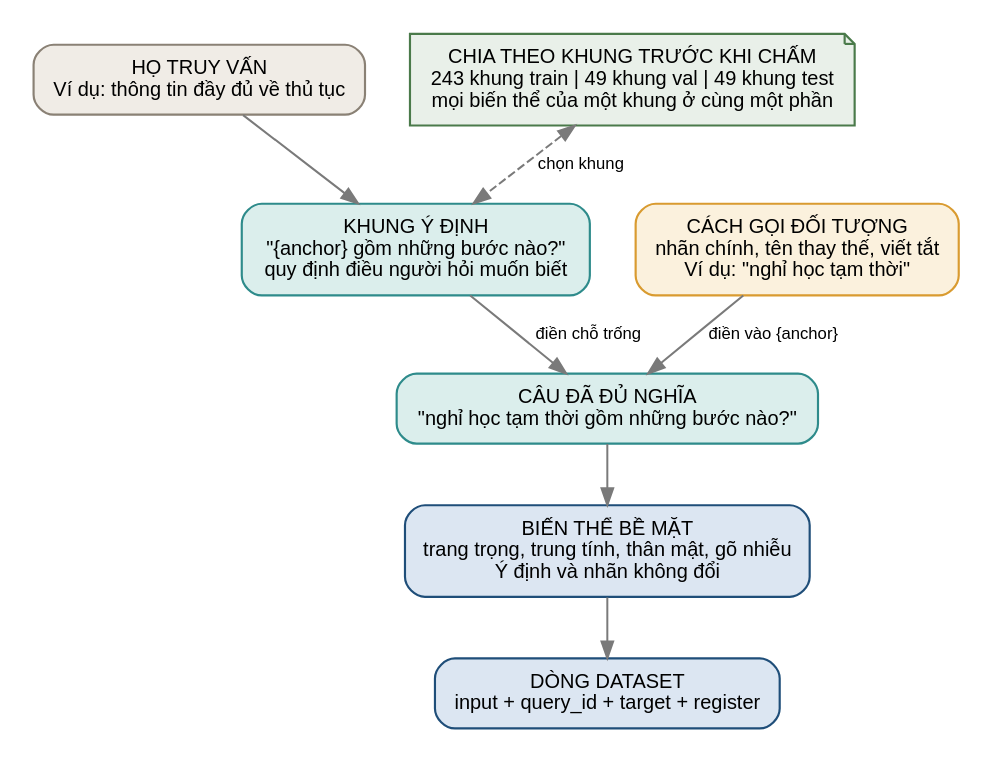
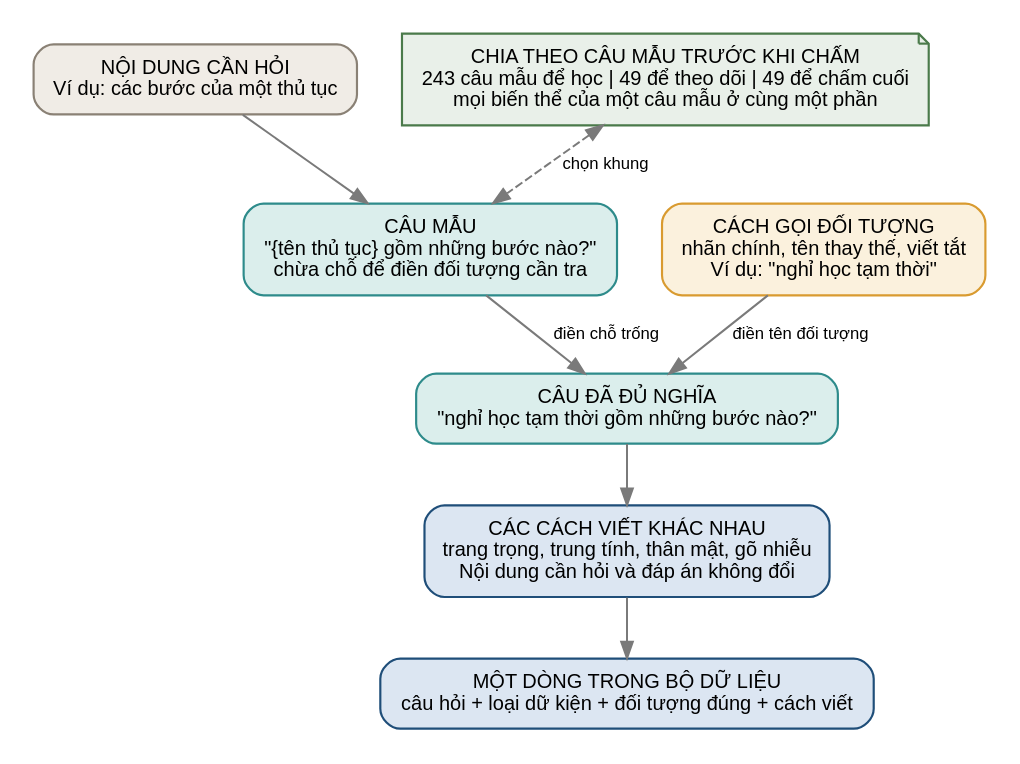
Before and after one commit to vpthinh19/ontology-chatbot: the diagram in artifacts/figures/dataset-frames.dot, drawn with Graphviz. The commit also changed 15 other files, not shown here.

Commit message:
docs: simplify explanations and diagram terminology

```diff
--- a/artifacts/figures/dataset-frames.dot
+++ b/artifacts/figures/dataset-frames.dot
@@ -1,30 +1,30 @@
 digraph khung_du_lieu {
   pad=0.18;
   rankdir=TB; bgcolor="white"; nodesep=0.38; ranksep=0.5;
   node [shape=box, style="rounded,filled", fontname="Liberation Sans", fontsize=12,
         penwidth=1.3, margin="0.18,0.11"];
   edge [fontname="Liberation Sans", fontsize=10, color="#7a7a7a", penwidth=1.2];
 
-  catalogue [label="HỌ TRUY VẤN\nVí dụ: thông tin đầy đủ về thủ tục",
+  catalogue [label="NỘI DUNG CẦN HỎI\nVí dụ: các bước của một thủ tục",
              fillcolor="#f0ece6", color="#8a8175"];
-  frame [label="KHUNG Ý ĐỊNH\n\"{anchor} gồm những bước nào?\"\nquy định điều người hỏi muốn biết",
+  frame [label="CÂU MẪU\n\"{tên thủ tục} gồm những bước nào?\"\nchừa chỗ để điền đối tượng cần tra",
          fillcolor="#dbeeec", color="#2e8b8b"];
   mention [label="CÁCH GỌI ĐỐI TƯỢNG\nnhãn chính, tên thay thế, viết tắt\nVí dụ: \"nghỉ học tạm thời\"",
            fillcolor="#fbf1dd", color="#d99b30"];
   semantic [label="CÂU ĐÃ ĐỦ NGHĨA\n\"nghỉ học tạm thời gồm những bước nào?\"",
             fillcolor="#dbeeec", color="#2e8b8b"];
-  surface [label="BIẾN THỂ BỀ MẶT\ntrang trọng, trung tính, thân mật, gõ nhiễu\nÝ định và nhãn không đổi",
+  surface [label="CÁC CÁCH VIẾT KHÁC NHAU\ntrang trọng, trung tính, thân mật, gõ nhiễu\nNội dung cần hỏi và đáp án không đổi",
            fillcolor="#dce6f2", color="#1f4e79"];
-  row [label="DÒNG DATASET\ninput + query_id + target + register",
+  row [label="MỘT DÒNG TRONG BỘ DỮ LIỆU\ncâu hỏi + loại dữ kiện + đối tượng đúng + cách viết",
        fillcolor="#dce6f2", color="#1f4e79"];
 
-  split [label="CHIA THEO KHUNG TRƯỚC KHI CHẤM\n243 khung train | 49 khung val | 49 khung test\nmọi biến thể của một khung ở cùng một phần",
+  split [label="CHIA THEO CÂU MẪU TRƯỚC KHI CHẤM\n243 câu mẫu để học | 49 để theo dõi | 49 để chấm cuối\nmọi biến thể của một câu mẫu ở cùng một phần",
          shape=note, fillcolor="#e9f0e9", color="#4a7a4a"];
 
   catalogue -> frame;
   frame -> semantic [label="  điền chỗ trống  "];
-  mention -> semantic [label="  điền vào {anchor}  "];
+  mention -> semantic [label="  điền tên đối tượng  "];
   semantic -> surface;
   surface -> row;
   split -> frame [label="  chọn khung  ", style=dashed, dir=both];
 }
```
